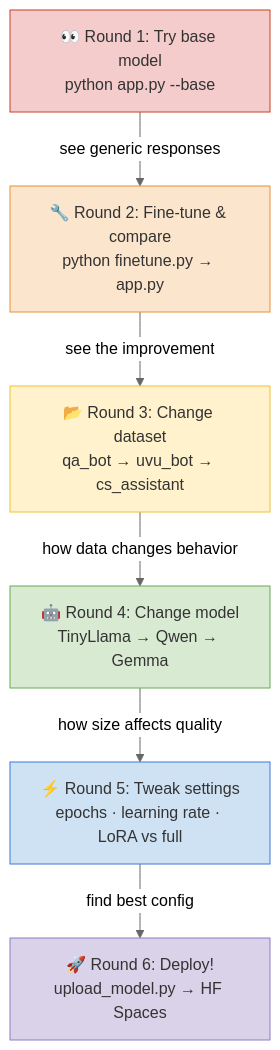
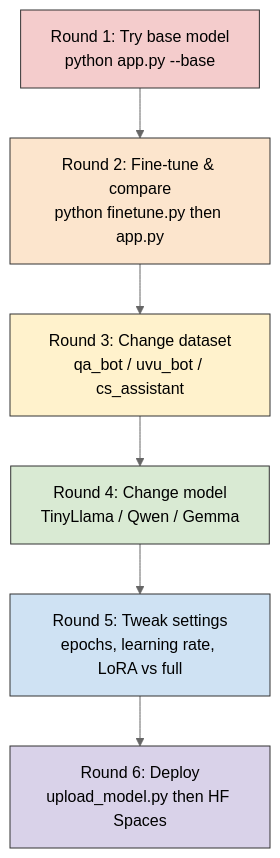
Before and after one commit to ratulalahy/nlp_course_sample_chat_fine_tune: the second of 2 diagrams in GUIDE.md, drawn with Mermaid (neutral theme). The commit also changed other lines of this file and 1 other file, not shown here.

Commit message:
style: revert mermaid diagrams to clean version, remove emojis

````diff
--- a/GUIDE.md
+++ b/GUIDE.md
@@ -58,22 +36,18 @@
 ```mermaid
 flowchart TD
-    R1["👀 Round 1: Try base model\npython app.py --base"]
-    R2["🔧 Round 2: Fine-tune & compare\npython finetune.py → app.py"]
-    R3["📂 Round 3: Change dataset\nqa_bot → uvu_bot → cs_assistant"]
-    R4["🤖 Round 4: Change model\nTinyLlama → Qwen → Gemma"]
-    R5["⚡ Round 5: Tweak settings\nepochs · learning rate · LoRA vs full"]
-    R6["🚀 Round 6: Deploy!\nupload_model.py → HF Spaces"]
+    R1["Round 1: Try base model\npython app.py --base"]
+    R2["Round 2: Fine-tune & compare\npython finetune.py then app.py"]
+    R3["Round 3: Change dataset\nqa_bot / uvu_bot / cs_assistant"]
+    R4["Round 4: Change model\nTinyLlama / Qwen / Gemma"]
+    R5["Round 5: Tweak settings\nepochs, learning rate, LoRA vs full"]
+    R6["Round 6: Deploy\nupload_model.py then HF Spaces"]
 
-    R1 -->|"see generic responses"| R2
-    R2 -->|"see the improvement"| R3
-    R3 -->|"how data changes behavior"| R4
-    R4 -->|"how size affects quality"| R5
-    R5 -->|"find best config"| R6
+    R1 --> R2 --> R3 --> R4 --> R5 --> R6
 
-    style R1 fill:#f4cccc,stroke:#cc4125,color:#333
-    style R2 fill:#fce5cd,stroke:#e69138,color:#333
-    style R3 fill:#fff2cc,stroke:#f1c232,color:#333
-    style R4 fill:#d9ead3,stroke:#6aa84f,color:#333
-    style R5 fill:#cfe2f3,stroke:#3c78d8,color:#333
-    style R6 fill:#d9d2e9,stroke:#8e7cc3,color:#333
+    style R1 fill:#f4cccc,stroke:#333
+    style R2 fill:#fce5cd,stroke:#333
+    style R3 fill:#fff2cc,stroke:#333
+    style R4 fill:#d9ead3,stroke:#333
+    style R5 fill:#cfe2f3,stroke:#333
+    style R6 fill:#d9d2e9,stroke:#333
 ```
````
